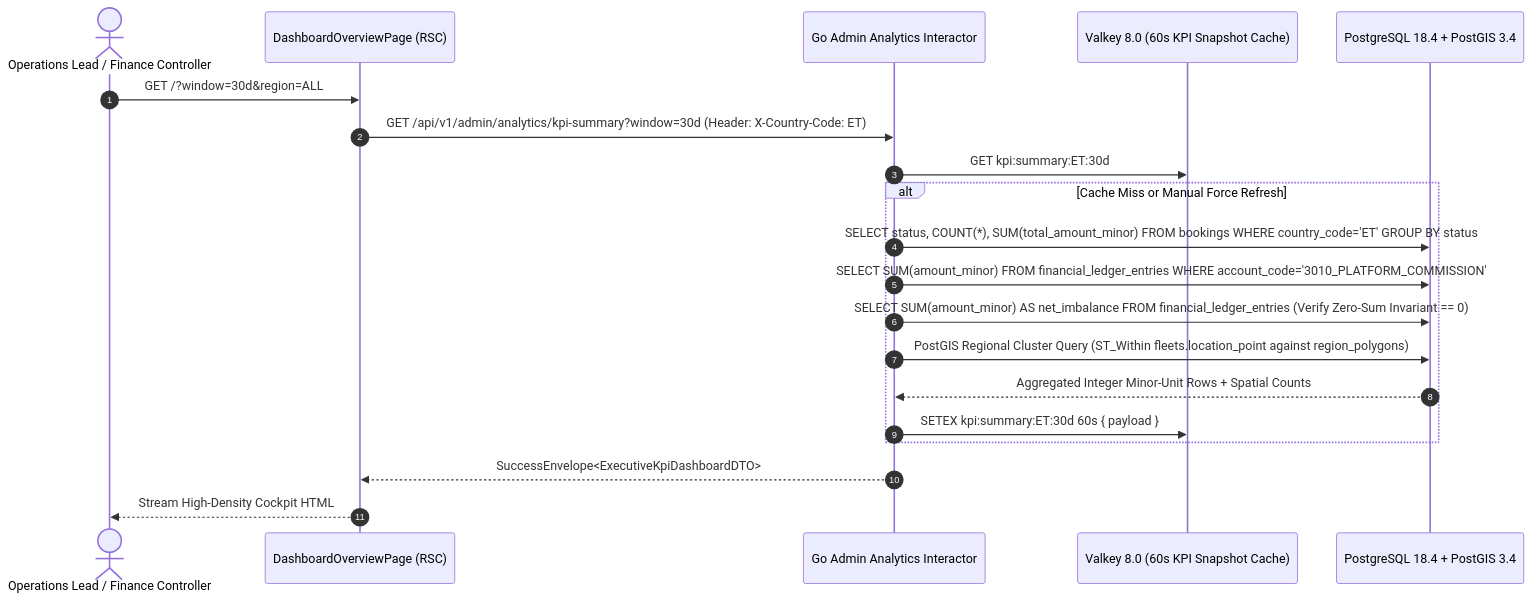
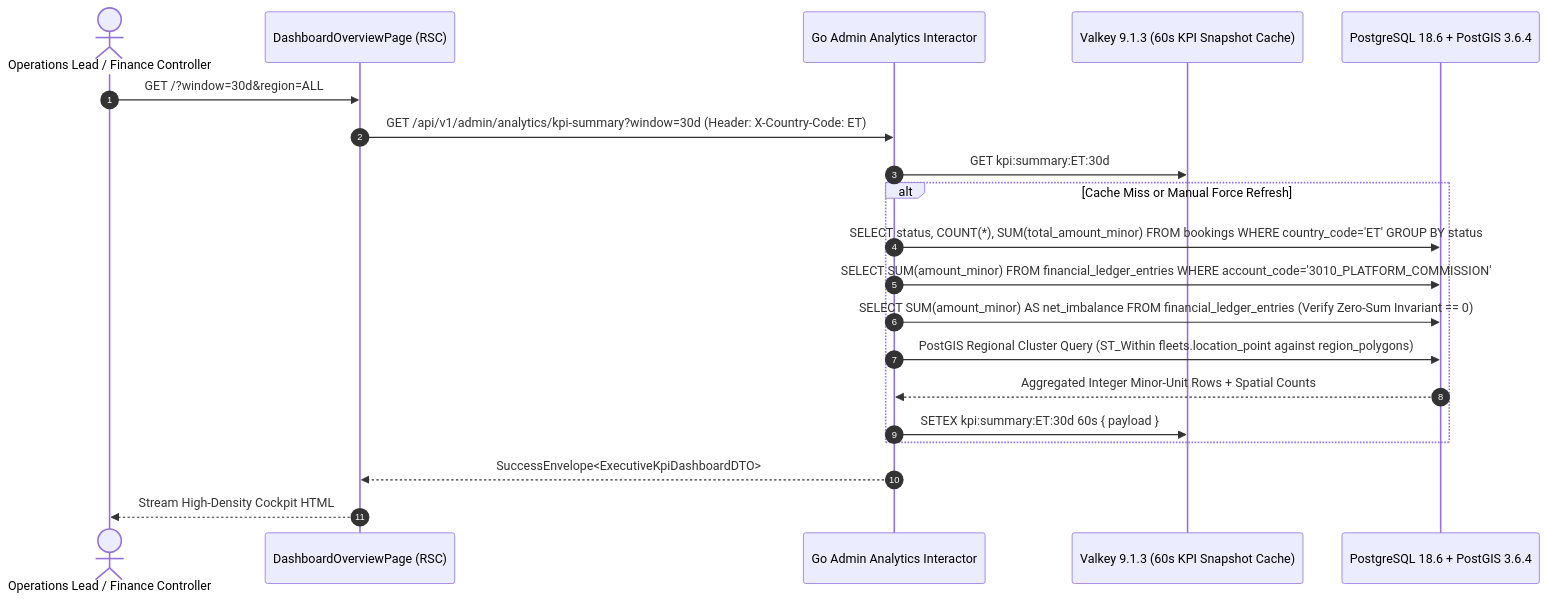
One commit to YDink/Heavy-Machinery-Logistics-Rental changed the second of 2 diagrams in docs/admin/operations-queues/01-executive-kpi-dashboard.md. Above: the diagram before and after it, drawn with Mermaid. The commit also changed 212 other files, not shown here.

````diff
--- a/docs/admin/operations-queues/01-executive-kpi-dashboard.md
+++ b/docs/admin/operations-queues/01-executive-kpi-dashboard.md
@@ -121,23 +121,23 @@
 ```mermaid
 sequenceDiagram
     autonumber
     actor Exec as Operations Lead / Finance Controller
     participant PageRSC as DashboardOverviewPage (RSC)
     participant GoAPI as Go Admin Analytics Interactor
-    participant VK as Valkey 8.0 (60s KPI Snapshot Cache)
-    participant DB as PostgreSQL 18.4 + PostGIS 3.4
+    participant VK as Valkey 9.1.3 (60s KPI Snapshot Cache)
+    participant DB as PostgreSQL 18.6 + PostGIS 3.6.4
 
     Exec->>PageRSC: GET /?window=30d&region=ALL
     PageRSC->>GoAPI: GET /api/v1/admin/analytics/kpi-summary?window=30d (Header: X-Country-Code: ET)
     GoAPI->>VK: GET kpi:summary:ET:30d
     alt Cache Miss or Manual Force Refresh
         GoAPI->>DB: SELECT status, COUNT(*), SUM(total_amount_minor) FROM bookings WHERE country_code='ET' GROUP BY status
         GoAPI->>DB: SELECT SUM(amount_minor) FROM financial_ledger_entries WHERE account_code='3010_PLATFORM_COMMISSION'
         GoAPI->>DB: SELECT SUM(amount_minor) AS net_imbalance FROM financial_ledger_entries (Verify Zero-Sum Invariant == 0)
         GoAPI->>DB: PostGIS Regional Cluster Query (ST_Within fleets.location_point against region_polygons)
         DB-->>GoAPI: Aggregated Integer Minor-Unit Rows + Spatial Counts
         GoAPI->>VK: SETEX kpi:summary:ET:30d 60s { payload }
     end
     GoAPI-->>PageRSC: SuccessEnvelope<ExecutiveKpiDashboardDTO>
     PageRSC-->>Exec: Stream High-Density Cockpit HTML
 ```
````
